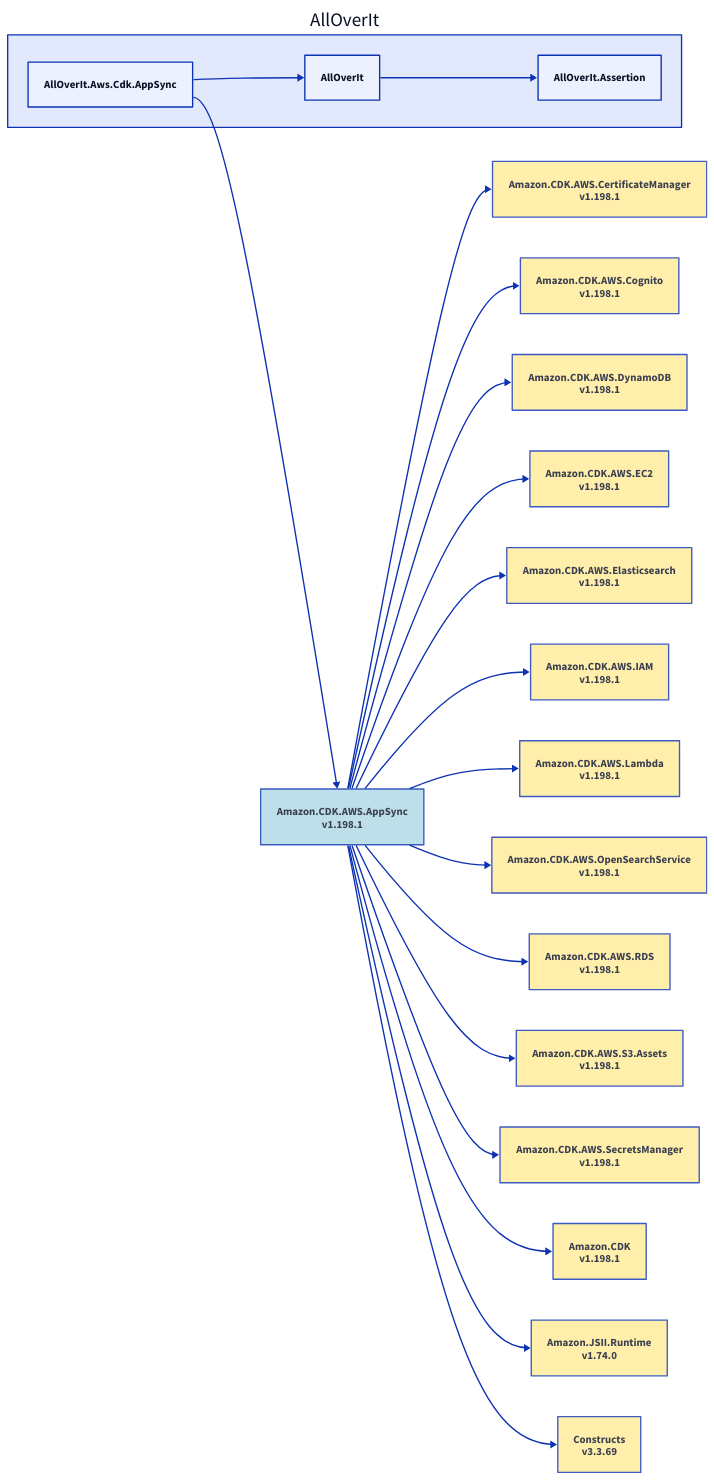
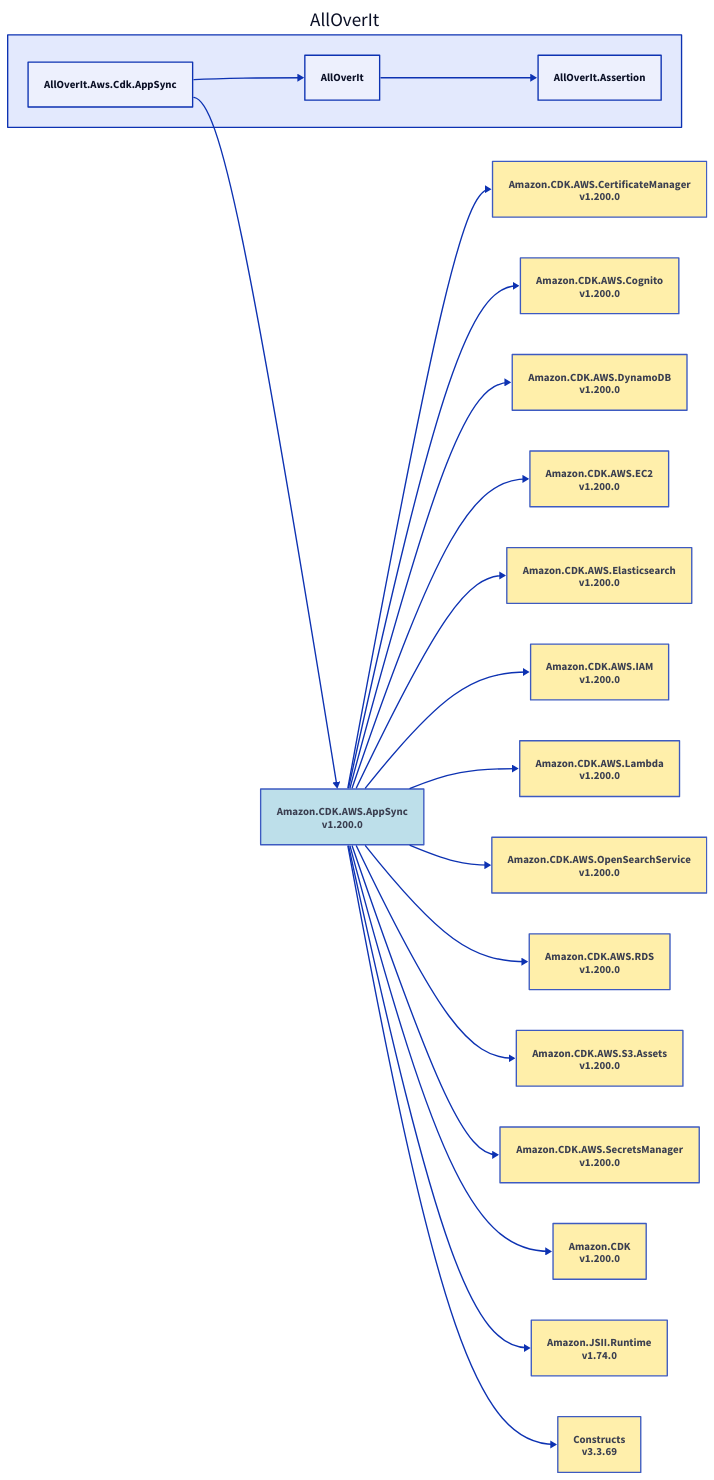
One commit to nickathone/AllOverIt changed the diagram in Docs/Dependencies/alloverit-aws-cdk-appsync.d2. Above: the diagram before and after it, drawn with D2. The commit also changed 9 other files, not shown here.

Commit message:
Diagram updates

```diff
--- a/Docs/Dependencies/alloverit-aws-cdk-appsync.d2
+++ b/Docs/Dependencies/alloverit-aws-cdk-appsync.d2
@@ -1,68 +1,68 @@
 direction: right
 
 aoi: AllOverIt
 aoi.alloverit-aws-cdk-appsync: AllOverIt.Aws.Cdk.AppSync
-amazon-cdk-aws-appsync_1-198-1: Amazon.CDK.AWS.AppSync\nv1.198.1
-amazon-cdk-aws-appsync_1-198-1.style.fill: "#ADD8E6"
-amazon-cdk-aws-appsync_1-198-1.style.opacity: 0.8
-amazon-cdk-aws-certificatemanager_1-198-1: Amazon.CDK.AWS.CertificateManager\nv1.198.1
-amazon-cdk-aws-certificatemanager_1-198-1.style.fill: "#FFEC96"
-amazon-cdk-aws-certificatemanager_1-198-1.style.opacity: 0.8
-amazon-cdk-aws-certificatemanager_1-198-1 <- amazon-cdk-aws-appsync_1-198-1
-amazon-cdk-aws-cognito_1-198-1: Amazon.CDK.AWS.Cognito\nv1.198.1
-amazon-cdk-aws-cognito_1-198-1.style.fill: "#FFEC96"
-amazon-cdk-aws-cognito_1-198-1.style.opacity: 0.8
-amazon-cdk-aws-cognito_1-198-1 <- amazon-cdk-aws-appsync_1-198-1
-amazon-cdk-aws-dynamodb_1-198-1: Amazon.CDK.AWS.DynamoDB\nv1.198.1
-amazon-cdk-aws-dynamodb_1-198-1.style.fill: "#FFEC96"
-amazon-cdk-aws-dynamodb_1-198-1.style.opacity: 0.8
-amazon-cdk-aws-dynamodb_1-198-1 <- amazon-cdk-aws-appsync_1-198-1
-amazon-cdk-aws-ec2_1-198-1: Amazon.CDK.AWS.EC2\nv1.198.1
-amazon-cdk-aws-ec2_1-198-1.style.fill: "#FFEC96"
-amazon-cdk-aws-ec2_1-198-1.style.opacity: 0.8
-amazon-cdk-aws-ec2_1-198-1 <- amazon-cdk-aws-appsync_1-198-1
-amazon-cdk-aws-elasticsearch_1-198-1: Amazon.CDK.AWS.Elasticsearch\nv1.198.1
-amazon-cdk-aws-elasticsearch_1-198-1.style.fill: "#FFEC96"
-amazon-cdk-aws-elasticsearch_1-198-1.style.opacity: 0.8
-amazon-cdk-aws-elasticsearch_1-198-1 <- amazon-cdk-aws-appsync_1-198-1
-amazon-cdk-aws-iam_1-198-1: Amazon.CDK.AWS.IAM\nv1.198.1
-amazon-cdk-aws-iam_1-198-1.style.fill: "#FFEC96"
-amazon-cdk-aws-iam_1-198-1.style.opacity: 0.8
-amazon-cdk-aws-iam_1-198-1 <- amazon-cdk-aws-appsync_1-198-1
-amazon-cdk-aws-lambda_1-198-1: Amazon.CDK.AWS.Lambda\nv1.198.1
-amazon-cdk-aws-lambda_1-198-1.style.fill: "#FFEC96"
-amazon-cdk-aws-lambda_1-198-1.style.opacity: 0.8
-amazon-cdk-aws-lambda_1-198-1 <- amazon-cdk-aws-appsync_1-198-1
-amazon-cdk-aws-opensearchservice_1-198-1: Amazon.CDK.AWS.OpenSearchService\nv1.198.1
-amazon-cdk-aws-opensearchservice_1-198-1.style.fill: "#FFEC96"
-amazon-cdk-aws-opensearchservice_1-198-1.style.opacity: 0.8
-amazon-cdk-aws-opensearchservice_1-198-1 <- amazon-cdk-aws-appsync_1-198-1
-amazon-cdk-aws-rds_1-198-1: Amazon.CDK.AWS.RDS\nv1.198.1
-amazon-cdk-aws-rds_1-198-1.style.fill: "#FFEC96"
-amazon-cdk-aws-rds_1-198-1.style.opacity: 0.8
-amazon-cdk-aws-rds_1-198-1 <- amazon-cdk-aws-appsync_1-198-1
-amazon-cdk-aws-s3-assets_1-198-1: Amazon.CDK.AWS.S3.Assets\nv1.198.1
-amazon-cdk-aws-s3-assets_1-198-1.style.fill: "#FFEC96"
-amazon-cdk-aws-s3-assets_1-198-1.style.opacity: 0.8
-amazon-cdk-aws-s3-assets_1-198-1 <- amazon-cdk-aws-appsync_1-198-1
-amazon-cdk-aws-secretsmanager_1-198-1: Amazon.CDK.AWS.SecretsManager\nv1.198.1
-amazon-cdk-aws-secretsmanager_1-198-1.style.fill: "#FFEC96"
-amazon-cdk-aws-secretsmanager_1-198-1.style.opacity: 0.8
-amazon-cdk-aws-secretsmanager_1-198-1 <- amazon-cdk-aws-appsync_1-198-1
-amazon-cdk_1-198-1: Amazon.CDK\nv1.198.1
-amazon-cdk_1-198-1.style.fill: "#FFEC96"
-amazon-cdk_1-198-1.style.opacity: 0.8
-amazon-cdk_1-198-1 <- amazon-cdk-aws-appsync_1-198-1
+amazon-cdk-aws-appsync_1-200-0: Amazon.CDK.AWS.AppSync\nv1.200.0
+amazon-cdk-aws-appsync_1-200-0.style.fill: "#ADD8E6"
+amazon-cdk-aws-appsync_1-200-0.style.opacity: 0.8
+amazon-cdk-aws-certificatemanager_1-200-0: Amazon.CDK.AWS.CertificateManager\nv1.200.0
+amazon-cdk-aws-certificatemanager_1-200-0.style.fill: "#FFEC96"
+amazon-cdk-aws-certificatemanager_1-200-0.style.opacity: 0.8
+amazon-cdk-aws-certificatemanager_1-200-0 <- amazon-cdk-aws-appsync_1-200-0
+amazon-cdk-aws-cognito_1-200-0: Amazon.CDK.AWS.Cognito\nv1.200.0
+amazon-cdk-aws-cognito_1-200-0.style.fill: "#FFEC96"
+amazon-cdk-aws-cognito_1-200-0.style.opacity: 0.8
+amazon-cdk-aws-cognito_1-200-0 <- amazon-cdk-aws-appsync_1-200-0
+amazon-cdk-aws-dynamodb_1-200-0: Amazon.CDK.AWS.DynamoDB\nv1.200.0
+amazon-cdk-aws-dynamodb_1-200-0.style.fill: "#FFEC96"
+amazon-cdk-aws-dynamodb_1-200-0.style.opacity: 0.8
+amazon-cdk-aws-dynamodb_1-200-0 <- amazon-cdk-aws-appsync_1-200-0
+amazon-cdk-aws-ec2_1-200-0: Amazon.CDK.AWS.EC2\nv1.200.0
+amazon-cdk-aws-ec2_1-200-0.style.fill: "#FFEC96"
+amazon-cdk-aws-ec2_1-200-0.style.opacity: 0.8
+amazon-cdk-aws-ec2_1-200-0 <- amazon-cdk-aws-appsync_1-200-0
+amazon-cdk-aws-elasticsearch_1-200-0: Amazon.CDK.AWS.Elasticsearch\nv1.200.0
+amazon-cdk-aws-elasticsearch_1-200-0.style.fill: "#FFEC96"
+amazon-cdk-aws-elasticsearch_1-200-0.style.opacity: 0.8
+amazon-cdk-aws-elasticsearch_1-200-0 <- amazon-cdk-aws-appsync_1-200-0
+amazon-cdk-aws-iam_1-200-0: Amazon.CDK.AWS.IAM\nv1.200.0
+amazon-cdk-aws-iam_1-200-0.style.fill: "#FFEC96"
+amazon-cdk-aws-iam_1-200-0.style.opacity: 0.8
+amazon-cdk-aws-iam_1-200-0 <- amazon-cdk-aws-appsync_1-200-0
+amazon-cdk-aws-lambda_1-200-0: Amazon.CDK.AWS.Lambda\nv1.200.0
+amazon-cdk-aws-lambda_1-200-0.style.fill: "#FFEC96"
+amazon-cdk-aws-lambda_1-200-0.style.opacity: 0.8
+amazon-cdk-aws-lambda_1-200-0 <- amazon-cdk-aws-appsync_1-200-0
+amazon-cdk-aws-opensearchservice_1-200-0: Amazon.CDK.AWS.OpenSearchService\nv1.200.0
+amazon-cdk-aws-opensearchservice_1-200-0.style.fill: "#FFEC96"
+amazon-cdk-aws-opensearchservice_1-200-0.style.opacity: 0.8
+amazon-cdk-aws-opensearchservice_1-200-0 <- amazon-cdk-aws-appsync_1-200-0
+amazon-cdk-aws-rds_1-200-0: Amazon.CDK.AWS.RDS\nv1.200.0
+amazon-cdk-aws-rds_1-200-0.style.fill: "#FFEC96"
+amazon-cdk-aws-rds_1-200-0.style.opacity: 0.8
+amazon-cdk-aws-rds_1-200-0 <- amazon-cdk-aws-appsync_1-200-0
+amazon-cdk-aws-s3-assets_1-200-0: Amazon.CDK.AWS.S3.Assets\nv1.200.0
+amazon-cdk-aws-s3-assets_1-200-0.style.fill: "#FFEC96"
+amazon-cdk-aws-s3-assets_1-200-0.style.opacity: 0.8
+amazon-cdk-aws-s3-assets_1-200-0 <- amazon-cdk-aws-appsync_1-200-0
+amazon-cdk-aws-secretsmanager_1-200-0: Amazon.CDK.AWS.SecretsManager\nv1.200.0
+amazon-cdk-aws-secretsmanager_1-200-0.style.fill: "#FFEC96"
+amazon-cdk-aws-secretsmanager_1-200-0.style.opacity: 0.8
+amazon-cdk-aws-secretsmanager_1-200-0 <- amazon-cdk-aws-appsync_1-200-0
+amazon-cdk_1-200-0: Amazon.CDK\nv1.200.0
+amazon-cdk_1-200-0.style.fill: "#FFEC96"
+amazon-cdk_1-200-0.style.opacity: 0.8
+amazon-cdk_1-200-0 <- amazon-cdk-aws-appsync_1-200-0
 amazon-jsii-runtime_1-74-0: Amazon.JSII.Runtime\nv1.74.0
 amazon-jsii-runtime_1-74-0.style.fill: "#FFEC96"
 amazon-jsii-runtime_1-74-0.style.opacity: 0.8
-amazon-jsii-runtime_1-74-0 <- amazon-cdk-aws-appsync_1-198-1
+amazon-jsii-runtime_1-74-0 <- amazon-cdk-aws-appsync_1-200-0
 constructs_3-3-69: Constructs\nv3.3.69
 constructs_3-3-69.style.fill: "#FFEC96"
 constructs_3-3-69.style.opacity: 0.8
-constructs_3-3-69 <- amazon-cdk-aws-appsync_1-198-1
-amazon-cdk-aws-appsync_1-198-1 <- aoi.alloverit-aws-cdk-appsync
+constructs_3-3-69 <- amazon-cdk-aws-appsync_1-200-0
+amazon-cdk-aws-appsync_1-200-0 <- aoi.alloverit-aws-cdk-appsync
 aoi.alloverit: AllOverIt
 aoi.alloverit-assertion: AllOverIt.Assertion
 aoi.alloverit-assertion <- aoi.alloverit
 aoi.alloverit <- aoi.alloverit-aws-cdk-appsync
```
